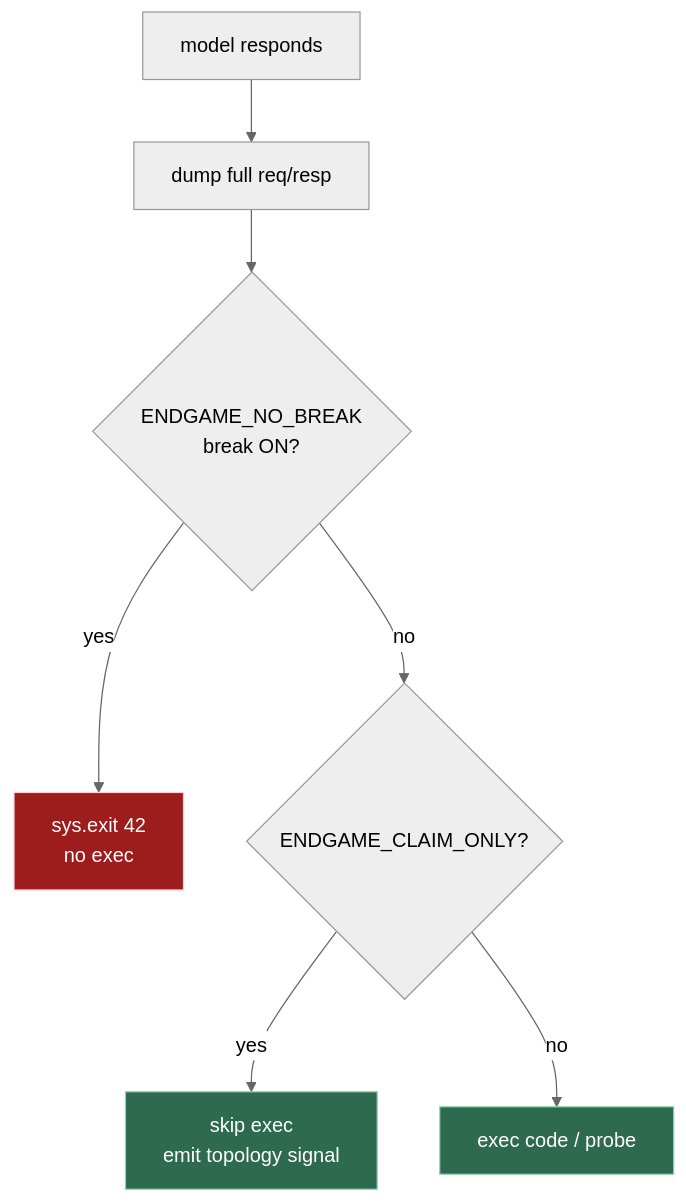
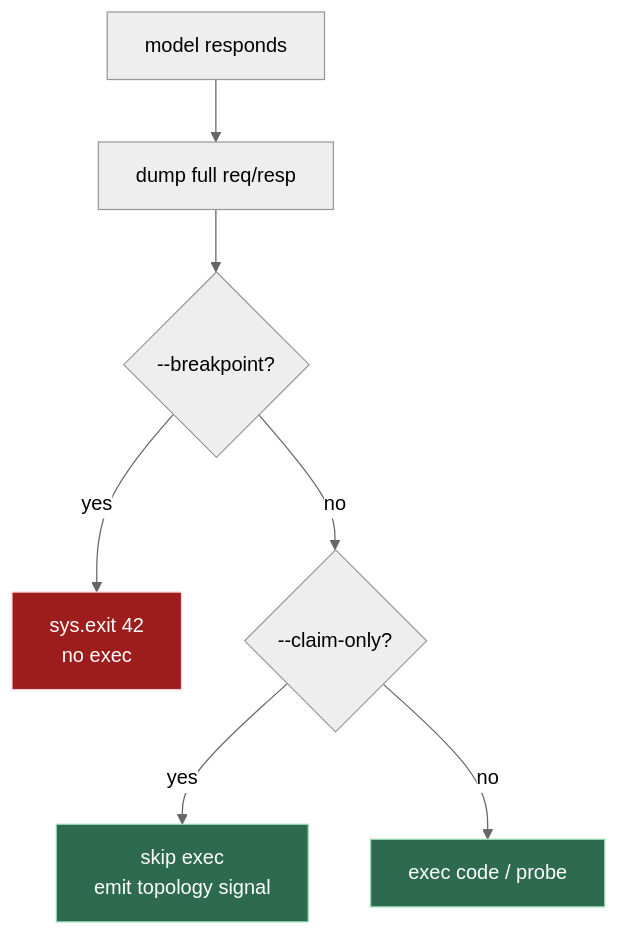
The eighth of 11 diagrams in README.md (wgabrys88/endgame-ai), drawn with Mermaid (neutral theme) before and after one commit. The commit also changed other lines of this file and 3 other files, not shown here.

````diff
--- a/README.md
+++ b/README.md
@@ -778,14 +921,14 @@
 ```mermaid
 flowchart TD
     T["model responds"] --> D["dump full req/resp"]
-    D --> B{"ENDGAME_NO_BREAK<br/>break ON?"}
+    D --> B{"--breakpoint?"}
     B -- yes --> X["sys.exit 42<br/>no exec"]
-    B -- no --> C{"ENDGAME_CLAIM_ONLY?"}
+    B -- no --> C{"--claim-only?"}
     C -- yes --> S["skip exec<br/>emit topology signal"]
     C -- no --> E["exec code / probe"]
 
     classDef stop fill:#9d1c1c,stroke:#ffccd5,color:#ffffff;
     classDef ok fill:#2d6a4f,stroke:#95d5b2,color:#ffffff;
     class X stop;
     class E,S ok;
 ```
````
